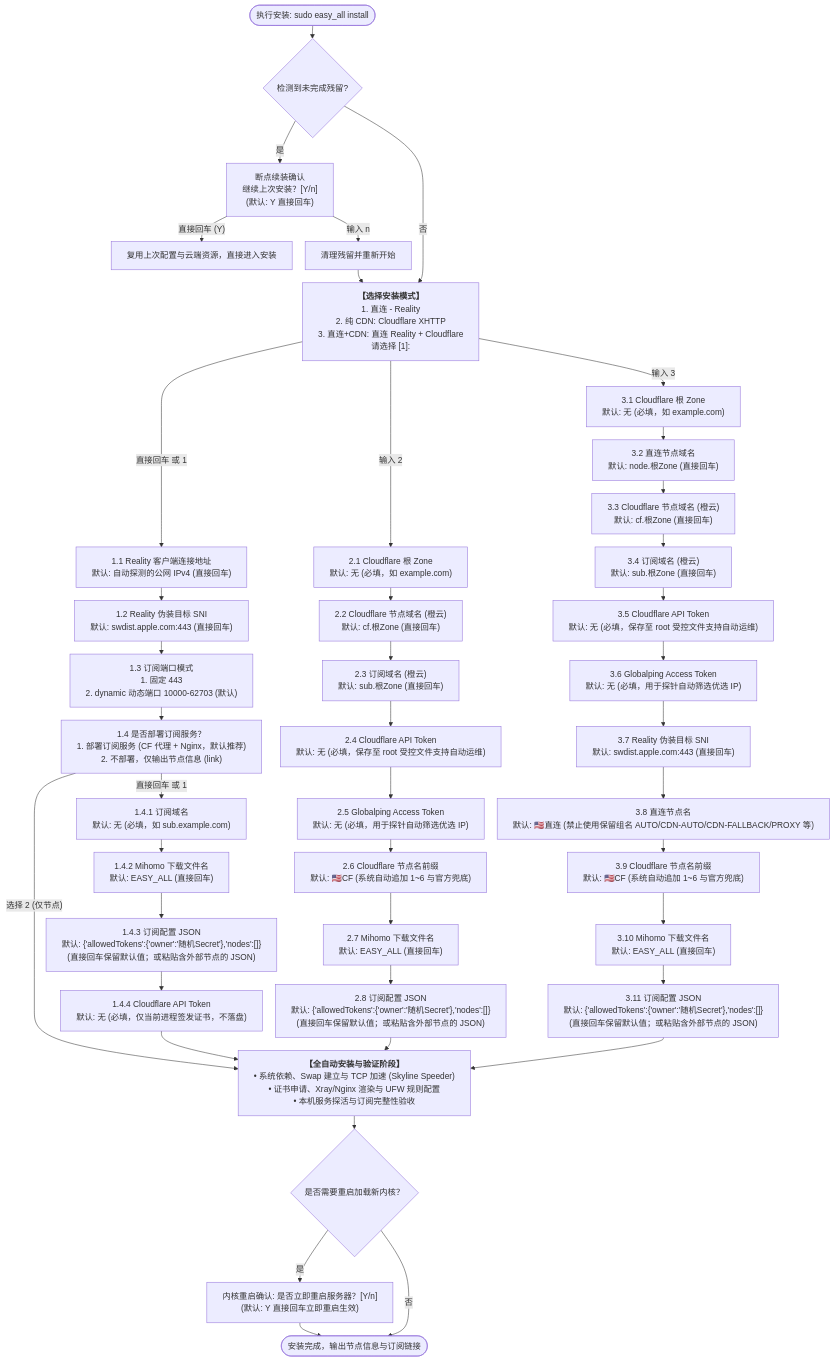
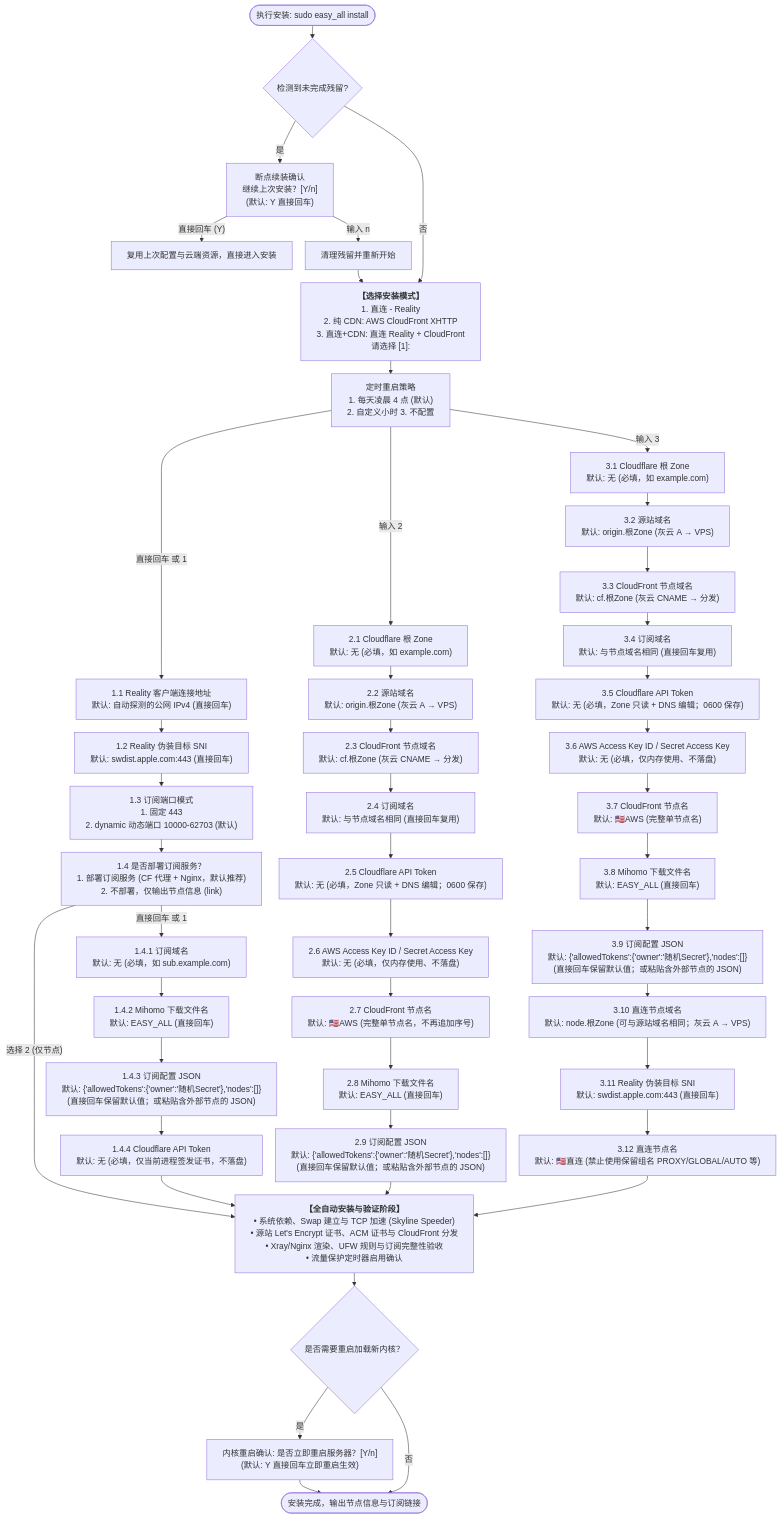
One commit to v2yiz/easy_all changed the diagram in README.md. Above: the diagram before and after it, drawn with Mermaid. The commit also changed other lines of this file and 35 other files, not shown here.

First line of the commit message:
feat(release): 4.4.0 接入 AWS CloudFront 链路、引入 985 GB 入站流量熔断与双证书体系

````diff
--- a/README.md
+++ b/README.md
@@ -72,58 +109,61 @@
 ```mermaid
 %%{init: {"flowchart": {"wrappingWidth": 600, "nodeSpacing": 25, "rankSpacing": 25}}}%%
 flowchart TD
     Start(["执行安装: sudo easy_all install"]) --> CheckResume{"检测到未完成残留?"}
 
     CheckResume -- 是 --> PromptResume["断点续装确认<br/>继续上次安装？[Y/n]<br/>(默认: Y 直接回车)"]
     CheckResume -- 否 --> ChooseMode
 
     PromptResume -- "直接回车 (Y)" --> ResumeRun["复用上次配置与云端资源，直接进入安装"]
     PromptResume -- "输入 n" --> CleanRedo["清理残留并重新开始"] --> ChooseMode
 
-    ChooseMode["<b>【选择安装模式】</b><br/>1. 直连 - Reality<br/>2. 纯 CDN: Cloudflare XHTTP<br/>3. 直连+CDN: 直连 Reality + Cloudflare<br/>请选择 [1]:"]
+    ChooseMode["<b>【选择安装模式】</b><br/>1. 直连 - Reality<br/>2. 纯 CDN: AWS CloudFront XHTTP<br/>3. 直连+CDN: 直连 Reality + CloudFront<br/>请选择 [1]:"]
+    ChooseMode --> RebootSchedule["定时重启策略<br/>1. 每天凌晨 4 点 (默认)<br/>2. 自定义小时 3. 不配置"]
 
     %% ---------------- 模式 1: Reality ----------------
-    ChooseMode -- "直接回车 或 1" --> M1_NodeHost["1.1 Reality 客户端连接地址<br/>默认: 自动探测的公网 IPv4 (直接回车)"]
+    RebootSchedule -- "直接回车 或 1" --> M1_NodeHost["1.1 Reality 客户端连接地址<br/>默认: 自动探测的公网 IPv4 (直接回车)"]
     M1_NodeHost --> M1_Target["1.2 Reality 伪装目标 SNI<br/>默认: swdist.apple.com:443 (直接回车)"]
     M1_Target --> M1_PortMode["1.3 订阅端口模式<br/>1. 固定 443<br/>2. dynamic 动态端口 10000-62703 (默认)"]
     M1_PortMode --> M1_SubDeploy["1.4 是否部署订阅服务？<br/>1. 部署订阅服务 (CF 代理 + Nginx，默认推荐)<br/>2. 不部署，仅输出节点信息 (link)"]
 
     M1_SubDeploy -- "选择 2 (仅节点)" --> InstallPhase
     M1_SubDeploy -- "直接回车 或 1" --> M1_SubDomain["1.4.1 订阅域名<br/>默认: 无 (必填，如 sub.example.com)"]
     M1_SubDomain --> M1_SubFile["1.4.2 Mihomo 下载文件名<br/>默认: EASY_ALL (直接回车)"]
     M1_SubFile --> M1_SubJSON["1.4.3 订阅配置 JSON<br/>默认: {'allowedTokens':{'owner':'随机Secret'},'nodes':[]}<br/>(直接回车保留默认值；或粘贴含外部节点的 JSON)"]
     M1_SubJSON --> M1_CFToken["1.4.4 Cloudflare API Token<br/>默认: 无 (必填，仅当前进程签发证书，不落盘)"]
     M1_CFToken --> InstallPhase
 
-    %% ---------------- 模式 2: 纯 CDN ----------------
-    ChooseMode -- "输入 2" --> C2_Zone["2.1 Cloudflare 根 Zone<br/>默认: 无 (必填，如 example.com)"]
-    C2_Zone --> C2_CFDom["2.2 Cloudflare 节点域名 (橙云)<br/>默认: cf.根Zone (直接回车)"]
-    C2_CFDom --> C2_SubDom["2.3 订阅域名 (橙云)<br/>默认: sub.根Zone (直接回车)"]
-    C2_SubDom --> C2_CFToken["2.4 Cloudflare API Token<br/>默认: 无 (必填，保存至 root 受控文件支持自动运维)"]
-    C2_CFToken --> C2_GPToken["2.5 Globalping Access Token<br/>默认: 无 (必填，用于探针自动筛选优选 IP)"]
-    C2_GPToken --> C2_CFPrefix["2.6 Cloudflare 节点名前缀<br/>默认: 🇺🇸CF (系统自动追加 1~6 与官方兜底)"]
-    C2_CFPrefix --> C2_SubFile["2.7 Mihomo 下载文件名<br/>默认: EASY_ALL (直接回车)"]
-    C2_SubFile --> C2_SubJSON["2.8 订阅配置 JSON<br/>默认: {'allowedTokens':{'owner':'随机Secret'},'nodes':[]}<br/>(直接回车保留默认值；或粘贴含外部节点的 JSON)"]
+    %% ---------------- 模式 2: 纯 CDN（CloudFront） ----------------
+    RebootSchedule -- "输入 2" --> C2_Zone["2.1 Cloudflare 根 Zone<br/>默认: 无 (必填，如 example.com)"]
+    C2_Zone --> C2_Origin["2.2 源站域名<br/>默认: origin.根Zone (灰云 A → VPS)"]
+    C2_Origin --> C2_CFDom["2.3 CloudFront 节点域名<br/>默认: cf.根Zone (灰云 CNAME → 分发)"]
+    C2_CFDom --> C2_SubDom["2.4 订阅域名<br/>默认: 与节点域名相同 (直接回车复用)"]
+    C2_SubDom --> C2_CFToken["2.5 Cloudflare API Token<br/>默认: 无 (必填，Zone 只读 + DNS 编辑；0600 保存)"]
+    C2_CFToken --> C2_AWSKey["2.6 AWS Access Key ID / Secret Access Key<br/>默认: 无 (必填，仅内存使用、不落盘)"]
+    C2_AWSKey --> C2_NodeName["2.7 CloudFront 节点名<br/>默认: 🇺🇸AWS (完整单节点名，不再追加序号)"]
+    C2_NodeName --> C2_SubFile["2.8 Mihomo 下载文件名<br/>默认: EASY_ALL (直接回车)"]
+    C2_SubFile --> C2_SubJSON["2.9 订阅配置 JSON<br/>默认: {'allowedTokens':{'owner':'随机Secret'},'nodes':[]}<br/>(直接回车保留默认值；或粘贴含外部节点的 JSON)"]
     C2_SubJSON --> InstallPhase
 
     %% ---------------- 模式 3: 直连+CDN ----------------
-    ChooseMode -- "输入 3" --> M3_Zone["3.1 Cloudflare 根 Zone<br/>默认: 无 (必填，如 example.com)"]
-    M3_Zone --> M3_DirectDom["3.2 直连节点域名<br/>默认: node.根Zone (直接回车)"]
-    M3_DirectDom --> M3_CFDom["3.3 Cloudflare 节点域名 (橙云)<br/>默认: cf.根Zone (直接回车)"]
-    M3_CFDom --> M3_SubDom["3.4 订阅域名 (橙云)<br/>默认: sub.根Zone (直接回车)"]
-    M3_SubDom --> M3_CFToken["3.5 Cloudflare API Token<br/>默认: 无 (必填，保存至 root 受控文件支持自动运维)"]
-    M3_CFToken --> M3_GPToken["3.6 Globalping Access Token<br/>默认: 无 (必填，用于探针自动筛选优选 IP)"]
-    M3_GPToken --> M3_Target["3.7 Reality 伪装目标 SNI<br/>默认: swdist.apple.com:443 (直接回车)"]
-    M3_Target --> M3_DirectName["3.8 直连节点名<br/>默认: 🇺🇸直连 (禁止使用保留组名 AUTO/CDN-AUTO/CDN-FALLBACK/PROXY 等)"]
-    M3_DirectName --> M3_CFPrefix["3.9 Cloudflare 节点名前缀<br/>默认: 🇺🇸CF (系统自动追加 1~6 与官方兜底)"]
-    M3_CFPrefix --> M3_SubFile["3.10 Mihomo 下载文件名<br/>默认: EASY_ALL (直接回车)"]
-    M3_SubFile --> M3_SubJSON["3.11 订阅配置 JSON<br/>默认: {'allowedTokens':{'owner':'随机Secret'},'nodes':[]}<br/>(直接回车保留默认值；或粘贴含外部节点的 JSON)"]
-    M3_SubJSON --> InstallPhase
+    RebootSchedule -- "输入 3" --> M3_Zone["3.1 Cloudflare 根 Zone<br/>默认: 无 (必填，如 example.com)"]
+    M3_Zone --> M3_Origin["3.2 源站域名<br/>默认: origin.根Zone (灰云 A → VPS)"]
+    M3_Origin --> M3_CFDom["3.3 CloudFront 节点域名<br/>默认: cf.根Zone (灰云 CNAME → 分发)"]
+    M3_CFDom --> M3_SubDom["3.4 订阅域名<br/>默认: 与节点域名相同 (直接回车复用)"]
+    M3_SubDom --> M3_CFToken["3.5 Cloudflare API Token<br/>默认: 无 (必填，Zone 只读 + DNS 编辑；0600 保存)"]
+    M3_CFToken --> M3_AWSKey["3.6 AWS Access Key ID / Secret Access Key<br/>默认: 无 (必填，仅内存使用、不落盘)"]
+    M3_AWSKey --> M3_NodeName["3.7 CloudFront 节点名<br/>默认: 🇺🇸AWS (完整单节点名)"]
+    M3_NodeName --> M3_SubFile["3.8 Mihomo 下载文件名<br/>默认: EASY_ALL (直接回车)"]
+    M3_SubFile --> M3_SubJSON["3.9 订阅配置 JSON<br/>默认: {'allowedTokens':{'owner':'随机Secret'},'nodes':[]}<br/>(直接回车保留默认值；或粘贴含外部节点的 JSON)"]
+    M3_SubJSON --> M3_DirectDom["3.10 直连节点域名<br/>默认: node.根Zone (可与源站域名相同；灰云 A → VPS)"]
+    M3_DirectDom --> M3_Target["3.11 Reality 伪装目标 SNI<br/>默认: swdist.apple.com:443 (直接回车)"]
+    M3_Target --> M3_DirectName["3.12 直连节点名<br/>默认: 🇺🇸直连 (禁止使用保留组名 PROXY/GLOBAL/AUTO 等)"]
+    M3_DirectName --> InstallPhase
 
     %% ---------------- 通用安装执行与收尾 ----------------
-    InstallPhase["<b>【全自动安装与验证阶段】</b><br/>• 系统依赖、Swap 建立与 TCP 加速 (Skyline Speeder)<br/>• 证书申请、Xray/Nginx 渲染与 UFW 规则配置<br/>• 本机服务探活与订阅完整性验收"] --> RebootCheck{"是否需要重启加载新内核？"}
+    InstallPhase["<b>【全自动安装与验证阶段】</b><br/>• 系统依赖、Swap 建立与 TCP 加速 (Skyline Speeder)<br/>• 源站 Let's Encrypt 证书、ACM 证书与 CloudFront 分发<br/>• Xray/Nginx 渲染、UFW 规则与订阅完整性验收<br/>• 流量保护定时器启用确认"] --> RebootCheck{"是否需要重启加载新内核？"}
 
     RebootCheck -- 是 --> PromptReboot["内核重启确认: 是否立即重启服务器？[Y/n]<br/>(默认: Y 直接回车立即重启生效)"]
     RebootCheck -- 否 --> Done(["安装完成，输出节点信息与订阅链接"])
     PromptReboot --> Done
 ```
````
